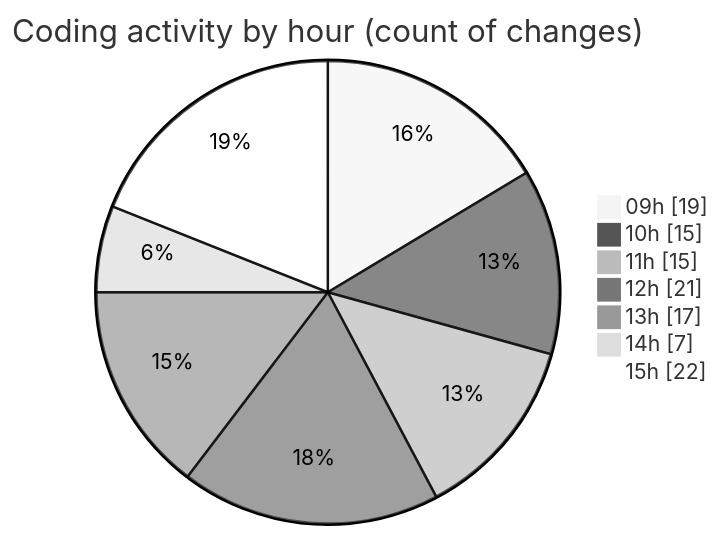
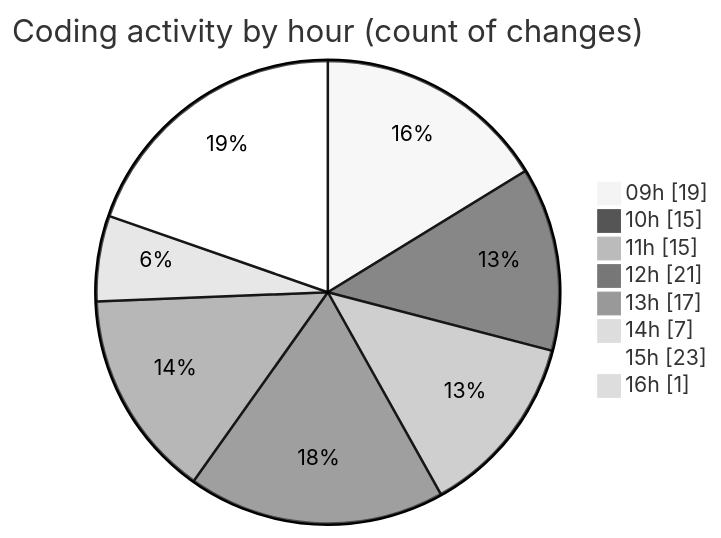
The second of 2 diagrams in 2025-09-05/cda/README.md (momahboobian/code-tracking), drawn with Mermaid (neutral theme) before and after one commit. The commit also changed other lines of this file and 1 other file, not shown here.

````diff
--- a/2025-09-05/cda/README.md
+++ b/2025-09-05/cda/README.md
@@ -35,11 +35,12 @@
 ```mermaid
 pie showData
 title Coding activity by hour (count of changes)
 "09h" : 19
 "10h" : 15
 "11h" : 15
 "12h" : 21
 "13h" : 17
 "14h" : 7
-"15h" : 22
+"15h" : 23
+"16h" : 1
 ```
````
